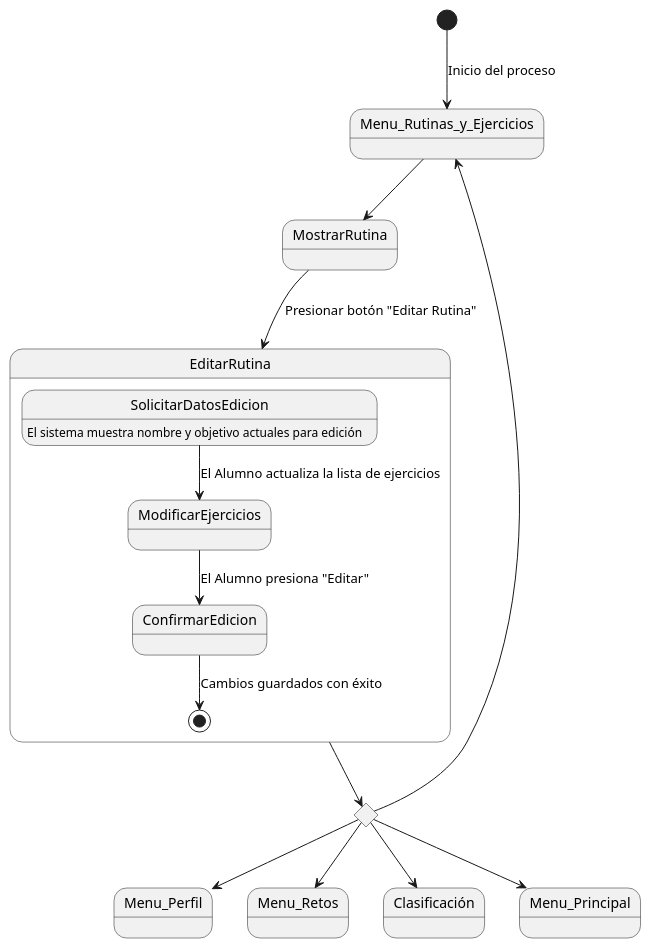
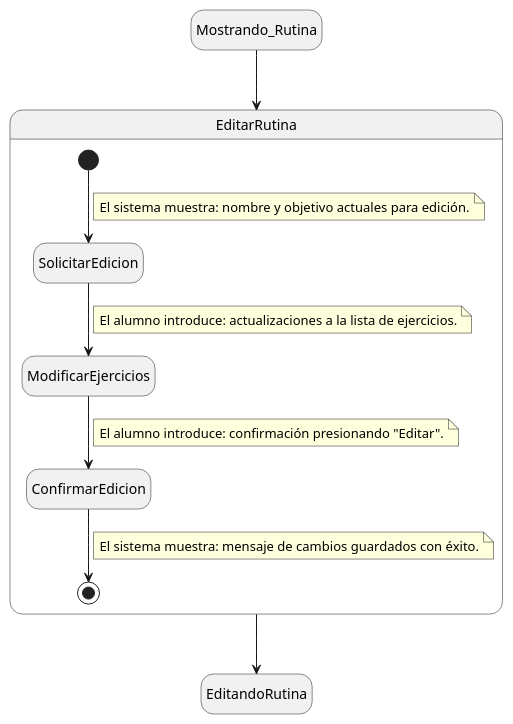
The diagram in Documentos/DetallarCasosDeUso/Alumno/EditarRutina.puml (mmasias/24-25-IdSw1-SDR), drawn with PlantUML before and after one commit.

```diff
--- a/Documentos/DetallarCasosDeUso/Alumno/EditarRutina.puml
+++ b/Documentos/DetallarCasosDeUso/Alumno/EditarRutina.puml
@@ -1,20 +1,33 @@
-@startuml
-[*] --> Menu_Rutinas_y_Ejercicios : Inicio del proceso
-state rombo <<choice>>
-rombo --> Menu_Perfil
-rombo --> Menu_Retos
-rombo --> Clasificación
-rombo --> Menu_Rutinas_y_Ejercicios
-rombo --> Menu_Principal
+@startuml EditarRutina
 
-Menu_Rutinas_y_Ejercicios --> MostrarRutina
-MostrarRutina --> EditarRutina : Presionar botón "Editar Rutina"
-EditarRutina --> rombo
+hide empty description
+
+state Mostrando_Rutina
+state EditandoRutina
 
 state EditarRutina {
-  SolicitarDatosEdicion : El sistema muestra nombre y objetivo actuales para edición
-  SolicitarDatosEdicion --> ModificarEjercicios : El Alumno actualiza la lista de ejercicios
-  ModificarEjercicios --> ConfirmarEdicion : El Alumno presiona "Editar"
-  ConfirmarEdicion --> [*] : Cambios guardados con éxito
+  [*] --> SolicitarEdicion
+  note on link
+      El sistema muestra: nombre y objetivo actuales para edición.
+  end note
+
+  SolicitarEdicion --> ModificarEjercicios
+  note on link
+      El alumno introduce: actualizaciones a la lista de ejercicios.
+  end note
+
+  ModificarEjercicios --> ConfirmarEdicion
+  note on link
+      El alumno introduce: confirmación presionando "Editar".
+  end note
+
+  ConfirmarEdicion --> [*]
+  note on link
+      El sistema muestra: mensaje de cambios guardados con éxito.
+  end note
 }
+
+Mostrando_Rutina --> EditarRutina
+EditarRutina --> EditandoRutina
+
 @enduml
```
